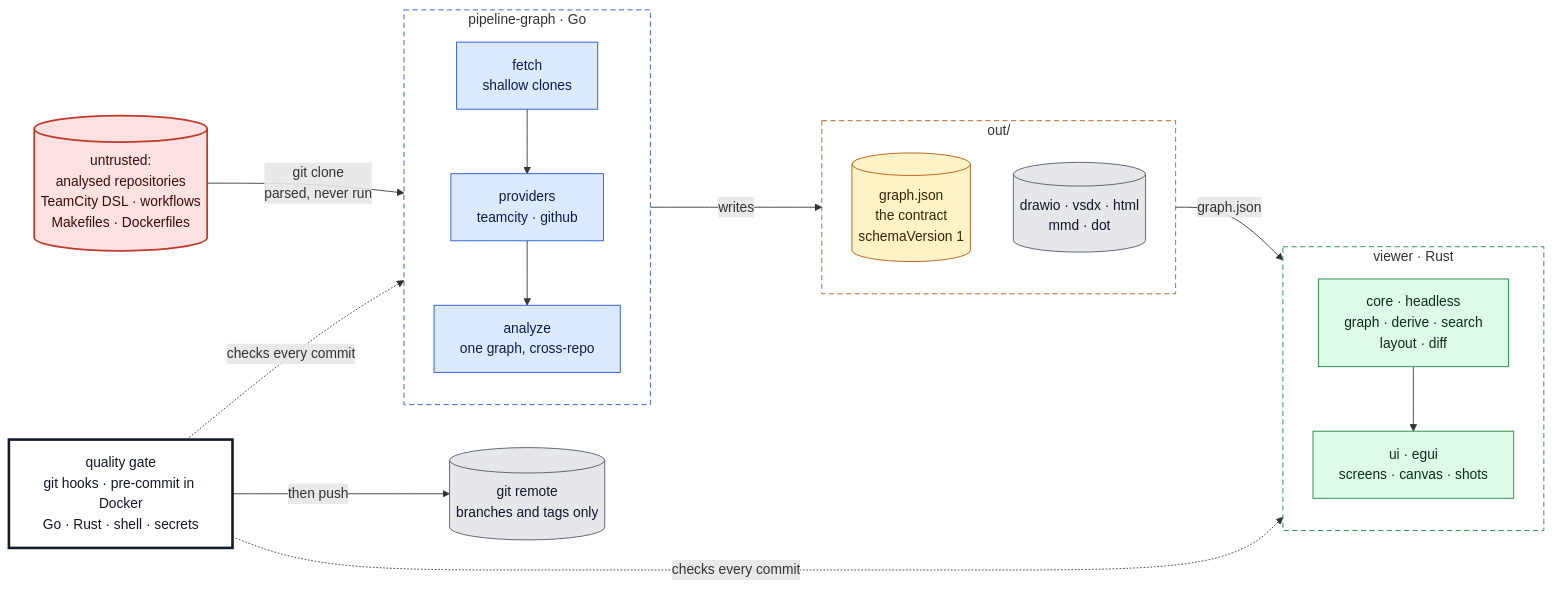
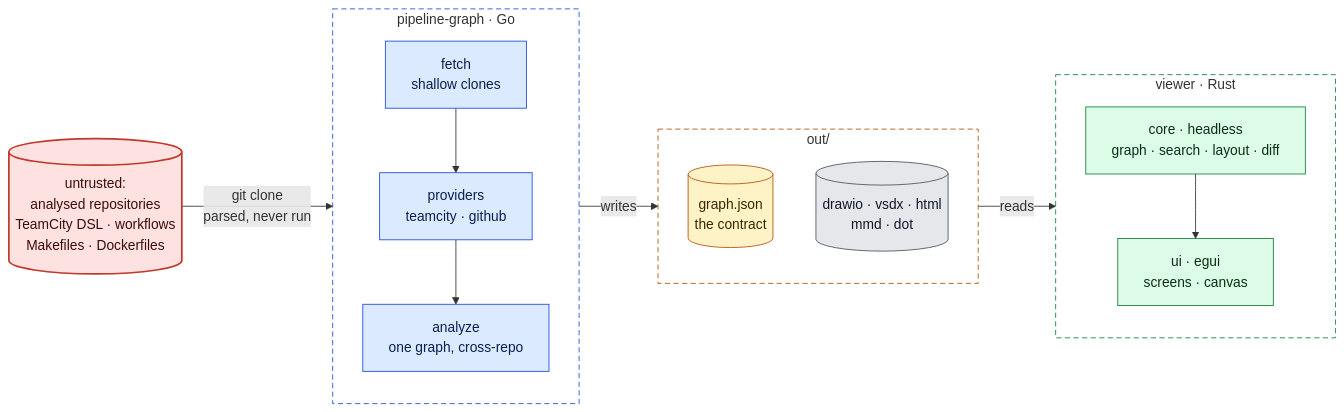
The diagram in docs/architecture.md (Avicted/tools.pipeline-graph), drawn with Mermaid before and after one commit. The commit also changed other lines of this file and 7 other files, not shown here.

First line of the commit message:
docs(architecture): move the detailed sections into docs/architecture/

````diff
--- a/docs/architecture.md
+++ b/docs/architecture.md
@@ -28,42 +30,35 @@
 ```mermaid
 flowchart LR
     repos[("untrusted:<br/>analysed repositories<br/>TeamCity DSL · workflows<br/>Makefiles · Dockerfiles")]
     subgraph cli["pipeline-graph · Go"]
         direction TB
         fetch["fetch<br/>shallow clones"] --> prov["providers<br/>teamcity · github"] --> an["analyze<br/>one graph, cross-repo"]
     end
     subgraph out["out/"]
         direction TB
-        json[("graph.json<br/>the contract<br/>schemaVersion 1")]
+        json[("graph.json<br/>the contract")]
         diagrams[("drawio · vsdx · html<br/>mmd · dot")]
     end
     subgraph viewer["viewer · Rust"]
         direction TB
-        core["core · headless<br/>graph · derive · search<br/>layout · diff"] --> ui["ui · egui<br/>screens · canvas · shots"]
+        core["core · headless<br/>graph · search · layout · diff"] --> ui["ui · egui<br/>screens · canvas"]
     end
-    gate["quality gate<br/>git hooks · pre-commit in Docker<br/>Go · Rust · shell · secrets"]
-    remote[("git remote<br/>branches and tags only")]
 
     repos -- "git clone<br/>parsed, never run" --> cli
     cli -- "writes" --> out
-    out -- "graph.json" --> viewer
-    gate -. "checks every commit" .-> cli
-    gate -. "checks every commit" .-> viewer
-    gate -- "then push" --> remote
+    json -- "reads" --> viewer
 
     classDef untrusted fill:#fde2e1,stroke:#c0392b,color:#3b0d0a,stroke-width:2px
     classDef go fill:#dbeafe,stroke:#1d4ed8,color:#0b1f4d
     classDef data fill:#fef3c7,stroke:#b45309,color:#3a2402
     classDef rust fill:#dcfce7,stroke:#15803d,color:#0a2e16
     classDef output fill:#e5e7eb,stroke:#4b5563,color:#111827
-    classDef gate fill:#ffffff,stroke:#111827,color:#111827,stroke-width:3px
     class repos untrusted
     class fetch,prov,an go
     class json data
     class core,ui rust
-    class diagrams,remote output
-    class gate gate
+    class diagrams output
     style cli fill:none,stroke:#1d4ed8,stroke-dasharray:6 4
     style out fill:none,stroke:#b45309,stroke-dasharray:6 4
     style viewer fill:none,stroke:#15803d,stroke-dasharray:6 4
 ```
````
